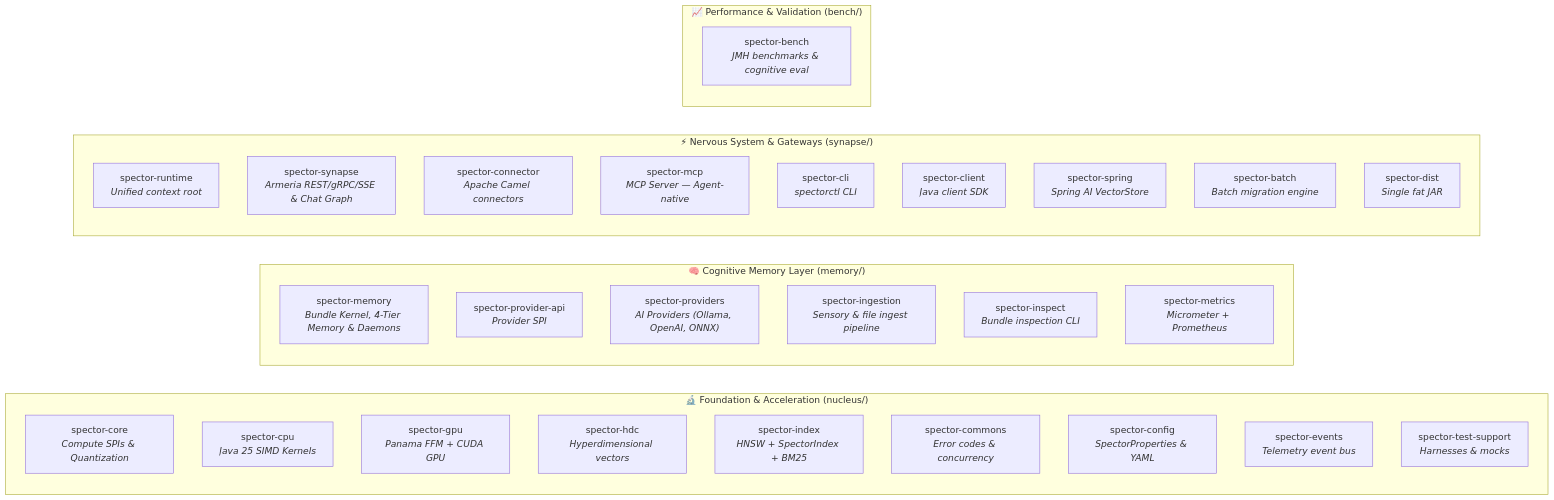
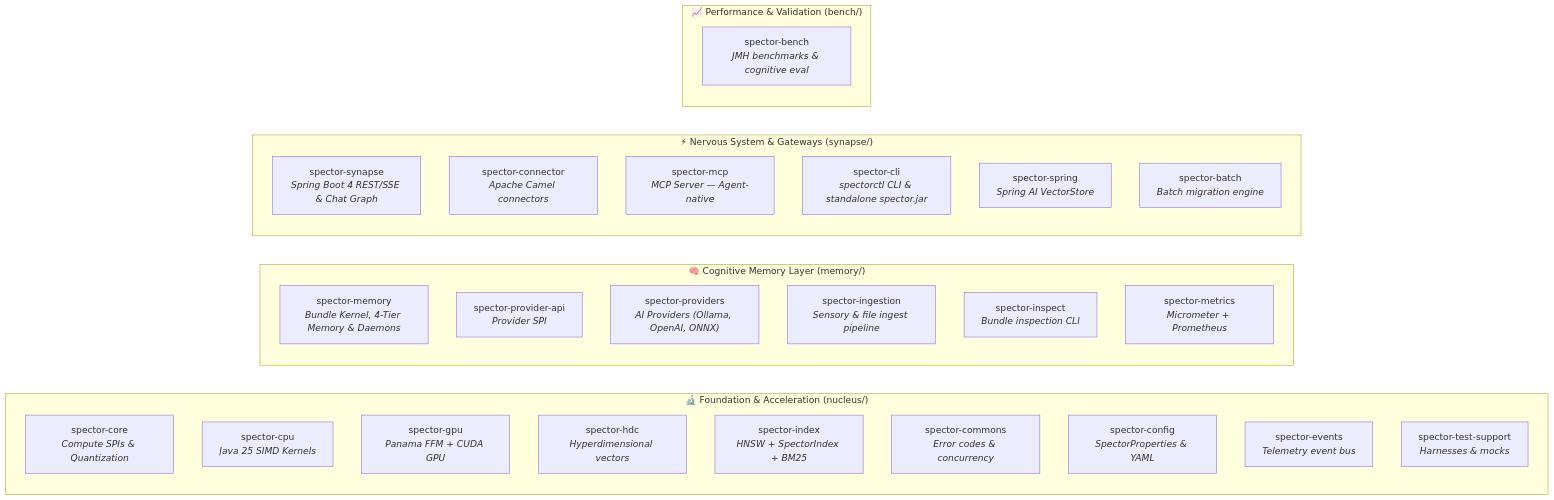
Before and after one commit to spectrayan/spector: the sixth of 12 diagrams in docs/docs/architecture/overview.md, drawn with Mermaid. The commit also changed other lines of this file and 125 other files, not shown here.

First line of the commit message:
refactor(synapse): consolidate mcp and cli into spectorctl, decommission runtime dist and client (#658)

````diff
--- a/docs/docs/architecture/overview.md
+++ b/docs/docs/architecture/overview.md
@@ -263,39 +263,36 @@
 ```mermaid
 graph LR
     subgraph "🔬 Foundation & Acceleration (nucleus/)"
         core["spector-core<br/><i>Compute SPIs & Quantization</i>"]
         cpu["spector-cpu<br/><i>Java 25 SIMD Kernels</i>"]
         gpu["spector-gpu<br/><i>Panama FFM + CUDA GPU</i>"]
         hdc["spector-hdc<br/><i>Hyperdimensional vectors</i>"]
         index["spector-index<br/><i>HNSW + SpectorIndex + BM25</i>"]
         commons["spector-commons<br/><i>Error codes & concurrency</i>"]
         config["spector-config<br/><i>SpectorProperties & YAML</i>"]
         events["spector-events<br/><i>Telemetry event bus</i>"]
         testsupport["spector-test-support<br/><i>Harnesses & mocks</i>"]
     end
 
     subgraph "🧠 Cognitive Memory Layer (memory/)"
         memory["spector-memory<br/><i>Bundle Kernel, 4-Tier Memory & Daemons</i>"]
         providerapi["spector-provider-api<br/><i>Provider SPI</i>"]
         providers["spector-providers<br/><i>AI Providers (Ollama, OpenAI, ONNX)</i>"]
         ingestion["spector-ingestion<br/><i>Sensory & file ingest pipeline</i>"]
         inspect["spector-inspect<br/><i>Bundle inspection CLI</i>"]
         metrics["spector-metrics<br/><i>Micrometer + Prometheus</i>"]
     end
 
     subgraph "⚡ Nervous System & Gateways (synapse/)"
-        runtime["spector-runtime<br/><i>Unified context root</i>"]
-        synapse["spector-synapse<br/><i>Armeria REST/gRPC/SSE & Chat Graph</i>"]
+        synapse["spector-synapse<br/><i>Spring Boot 4 REST/SSE & Chat Graph</i>"]
         connector["spector-connector<br/><i>Apache Camel connectors</i>"]
         mcp["spector-mcp<br/><i>MCP Server — Agent-native</i>"]
-        cli["spector-cli<br/><i>spectorctl CLI</i>"]
-        client["spector-client<br/><i>Java client SDK</i>"]
+        cli["spector-cli<br/><i>spectorctl CLI & standalone spector.jar</i>"]
         spring["spector-spring<br/><i>Spring AI VectorStore</i>"]
         batch["spector-batch<br/><i>Batch migration engine</i>"]
-        dist["spector-dist<br/><i>Single fat JAR</i>"]
     end
 
     subgraph "📈 Performance & Validation (bench/)"
         bench["spector-bench<br/><i>JMH benchmarks & cognitive eval</i>"]
     end
 ```
````
